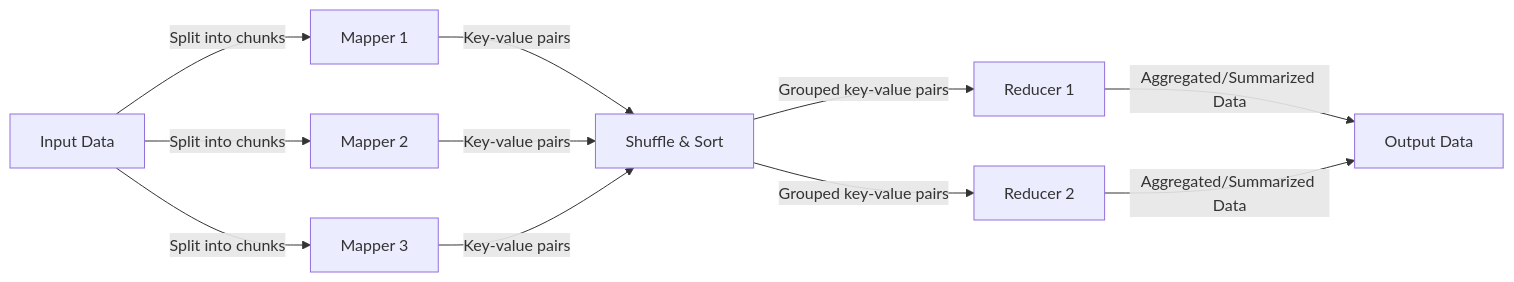
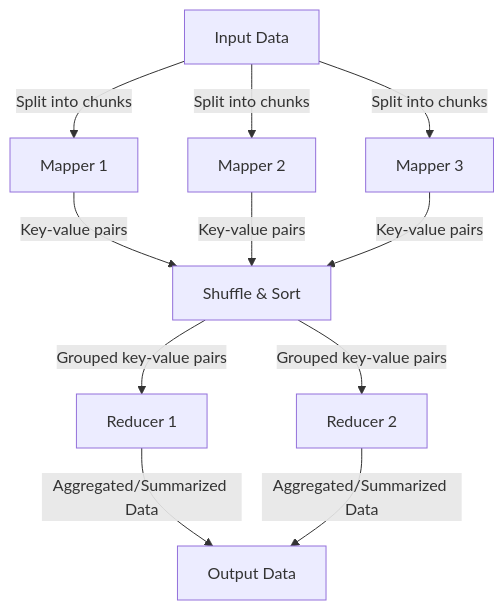
One commit to raphaelmansuy/data-architecture-diagrams changed the diagram in chapter3/03-mapreduce.md. Above: the diagram before and after it, drawn with Mermaid. The commit also changed 7 other files, not shown here.

`````diff
--- a/chapter3/03-mapreduce.md
+++ b/chapter3/03-mapreduce.md
@@ -3,13 +3,13 @@
 ```mermaid
-graph LR
+graph TB
 A[Input Data] -->|Split into chunks| B[Mapper 1]
 A -->|Split into chunks| C[Mapper 2]
 A -->|Split into chunks| D[Mapper 3]
 B -->|Key-value pairs| E[Shuffle & Sort]
 C -->|Key-value pairs| E[Shuffle & Sort]
 D -->|Key-value pairs| E[Shuffle & Sort]
 E -->|Grouped key-value pairs| F[Reducer 1]
 E -->|Grouped key-value pairs| G[Reducer 2]
 F -->|Aggregated/Summarized Data| H[Output Data]
 G -->|Aggregated/Summarized Data| H[Output Data]
 ````
`````
